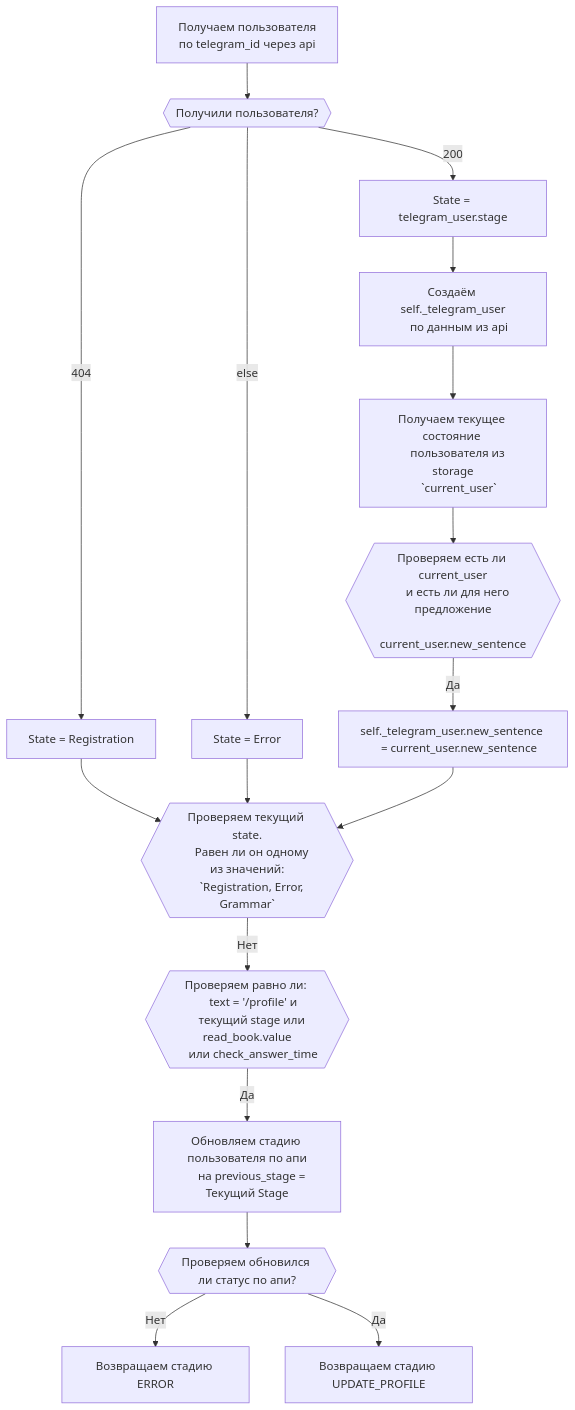
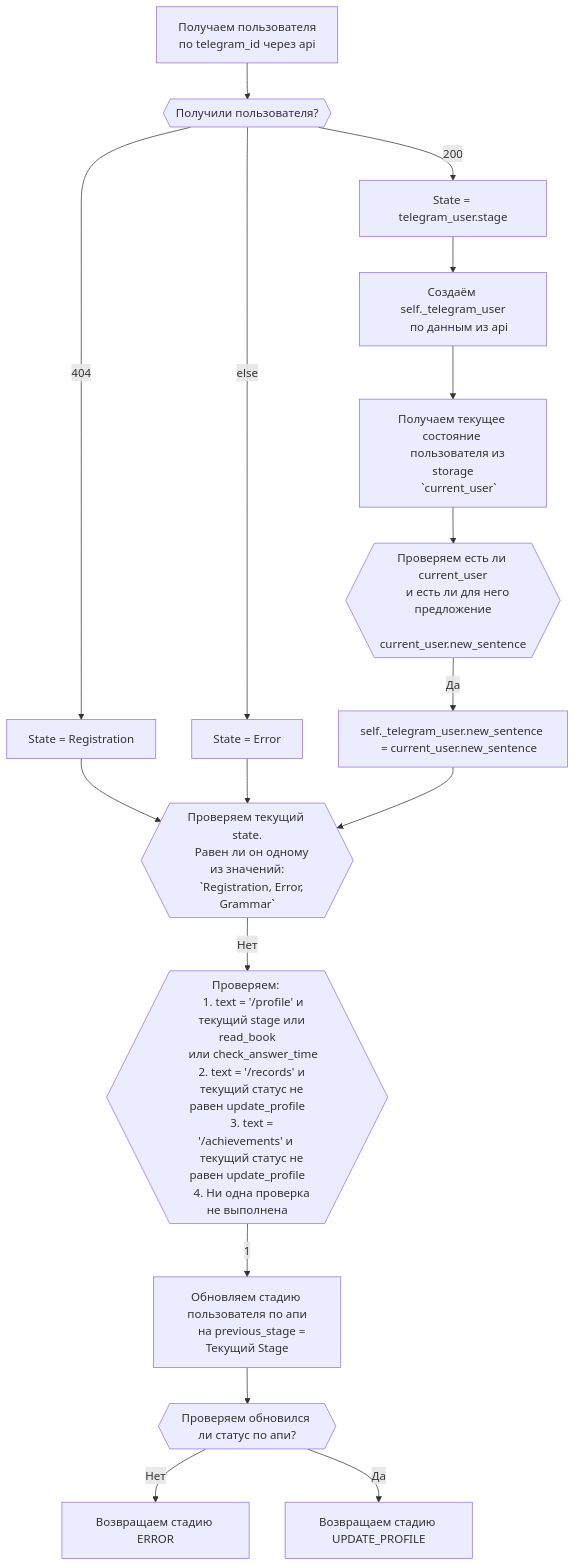
One commit to psgaiduk/learning_en_telegram_bot changed the diagram in documentation/middlewears_set_state.md. Above: the diagram before and after it, drawn with Mermaid.

Commit message:
docs(documentation): more conditions in check_update_profile_state middlewears_set_state

````diff
--- a/documentation/middlewears_set_state.md
+++ b/documentation/middlewears_set_state.md
@@ -1,50 +1,55 @@
 ```mermaid
 graph TD;
     start[Получаем пользователя
     по telegram_id через api
     ] --> check_get_user{{Получили пользователя?}}
     check_get_user --> |404| user_not_found[State = Registration]
     check_get_user --> |200| user_found[State = telegram_user.stage]
     check_get_user --> |else| error_user[State = Error]
     user_found --> create_telegram_user[
     Создаём self._telegram_user
     по данным из api
     ]
     create_telegram_user --> get_current_telegram_user[
     Получаем текущее состояние 
     пользователя из storage
     `current_user`
     ]
     get_current_telegram_user --> check_current_user{{
     Проверяем есть ли current_user
     и есть ли для него предложение
     current_user.new_sentence
     }}
     check_current_user --> |Да| update_new_sentence[self._telegram_user.new_sentence 
     = current_user.new_sentence
     ]
     user_not_found --> check_current_state{{
     Проверяем текущий state.
     Равен ли он одному из значений:
     `Registration, Error, Grammar`
     }}
     error_user --> check_current_state
     update_new_sentence --> check_current_state
     check_current_state --> |Нет| check_update_profile_state{{
-    Проверяем равно ли: 
-    text = '/profile' и
-    текущий stage или read_book.value
+    Проверяем: 
+    1. text = '/profile' и
+    текущий stage или read_book
     или check_answer_time
+    2. text = '/records' и 
+    текущий статус не равен update_profile
+    3. text = '/achievements' и 
+    текущий статус не равен update_profile
+    4. Ни одна проверка не выполнена
     }}
-    check_update_profile_state --> |Да| update_stage_to_profile[
+    check_update_profile_state --> |1| update_stage_to_profile[
     Обновляем стадию пользователя по апи
     на previous_stage = Текущий Stage]
     update_stage_to_profile --> check_update_stage_to_profile{{
     Проверяем обновился ли статус по апи?
     }}
     check_update_stage_to_profile --> |Нет| return_error_update_stage_profile[
     Возвращаем стадию ERROR]
     check_update_stage_to_profile --> |Да| return_update_profle_stage[
     Возвращаем стадию UPDATE_PROFILE]
     
 ```
````
